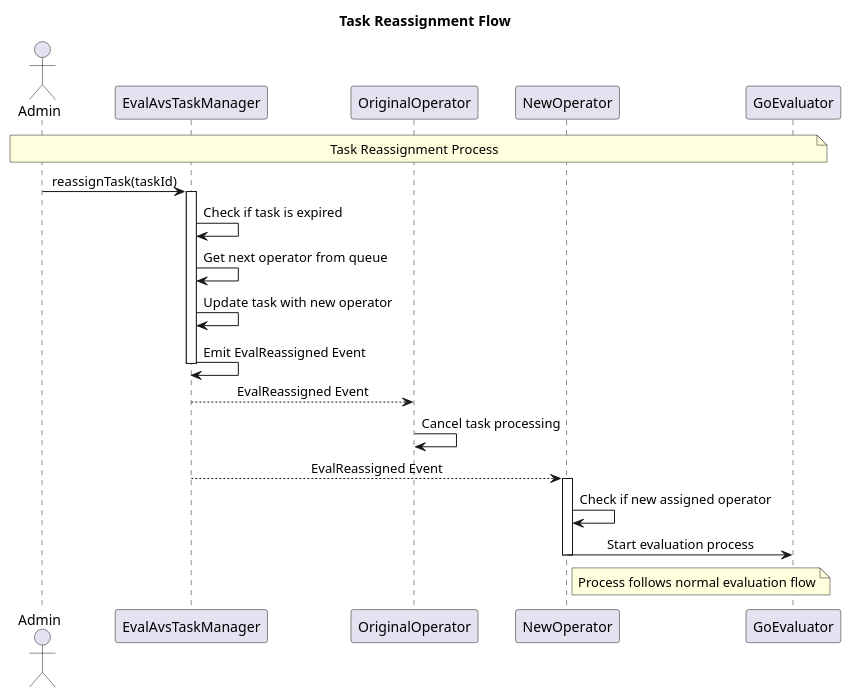
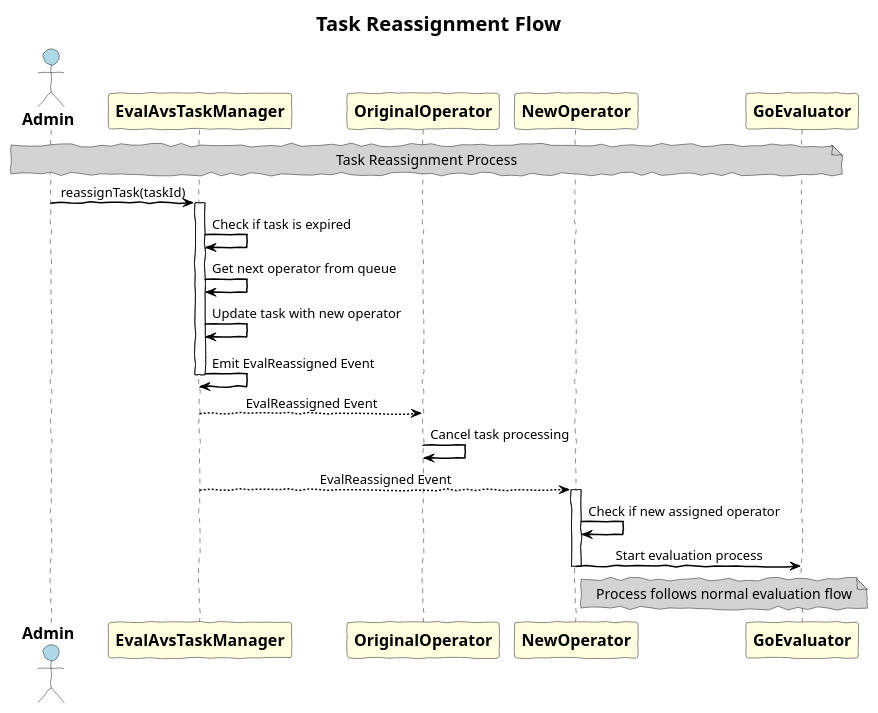
One commit to k-g-j/ll-sequence-diagrams changed the diagram in plantuml-diagrams/avs-reassignment-flow.puml. Above: the diagram before and after it, drawn with PlantUML. The commit also changed 10 other files, not shown here.

Commit message:
Update PlantUML diagrams with handwritten style and improved readability

```diff
--- a/plantuml-diagrams/avs-reassignment-flow.puml
+++ b/plantuml-diagrams/avs-reassignment-flow.puml
@@ -1,33 +1,54 @@
 @startuml
-skinparam sequenceMessageAlign center
+' Use handwritten style with improved fonts and spacing
 skinparam backgroundColor white
-skinparam handwritten false
+skinparam handwritten true
+skinparam defaultTextAlignment center
+
+' Fix arrow styling
+skinparam ArrowColor black
+skinparam ArrowThickness 1.5
+skinparam SequenceArrowThickness 1.5
+
+' Improve fonts for better readability
+skinparam ParticipantFontSize 16
+skinparam ParticipantFontStyle bold
+skinparam ActorFontSize 16
+skinparam ActorFontStyle bold
+skinparam NoteFontSize 14
+skinparam TitleFontSize 20
+skinparam TitleFontStyle bold
+
+' Color participants for better visualization
+skinparam ActorBackgroundColor lightblue
+skinparam ParticipantBackgroundColor lightyellow
+skinparam NoteBackgroundColor lightgray
+skinparam DatabaseBackgroundColor lightgreen
 
 title Task Reassignment Flow
 
 actor Admin
 participant "EvalAvsTaskManager" as TaskManager
 participant "OriginalOperator" as OriginalOperator
 participant "NewOperator" as NewOperator
 participant "GoEvaluator" as GoEvaluator
 
 note over Admin, GoEvaluator: Task Reassignment Process
 
 Admin -> TaskManager: reassignTask(taskId)
 activate TaskManager
 TaskManager -> TaskManager: Check if task is expired
 TaskManager -> TaskManager: Get next operator from queue
 TaskManager -> TaskManager: Update task with new operator
 TaskManager -> TaskManager: Emit EvalReassigned Event
 deactivate TaskManager
 
 TaskManager --> OriginalOperator: EvalReassigned Event
 OriginalOperator -> OriginalOperator: Cancel task processing
 
 TaskManager --> NewOperator: EvalReassigned Event
 activate NewOperator
 NewOperator -> NewOperator: Check if new assigned operator
 NewOperator -> GoEvaluator: Start evaluation process
 note right of NewOperator: Process follows normal evaluation flow
 deactivate NewOperator
 @enduml
```
